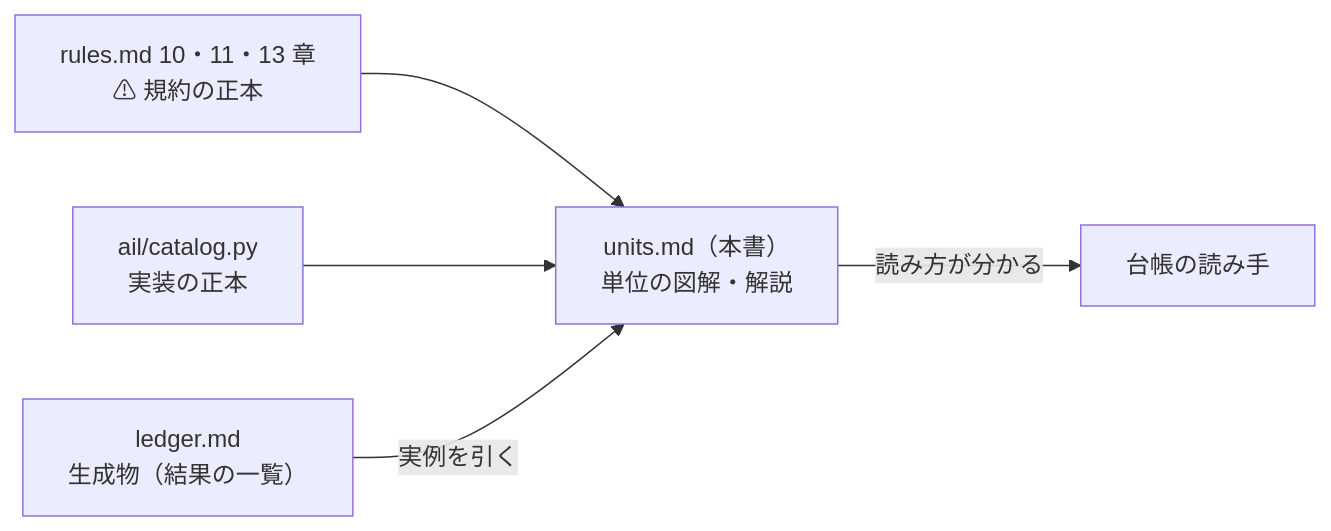
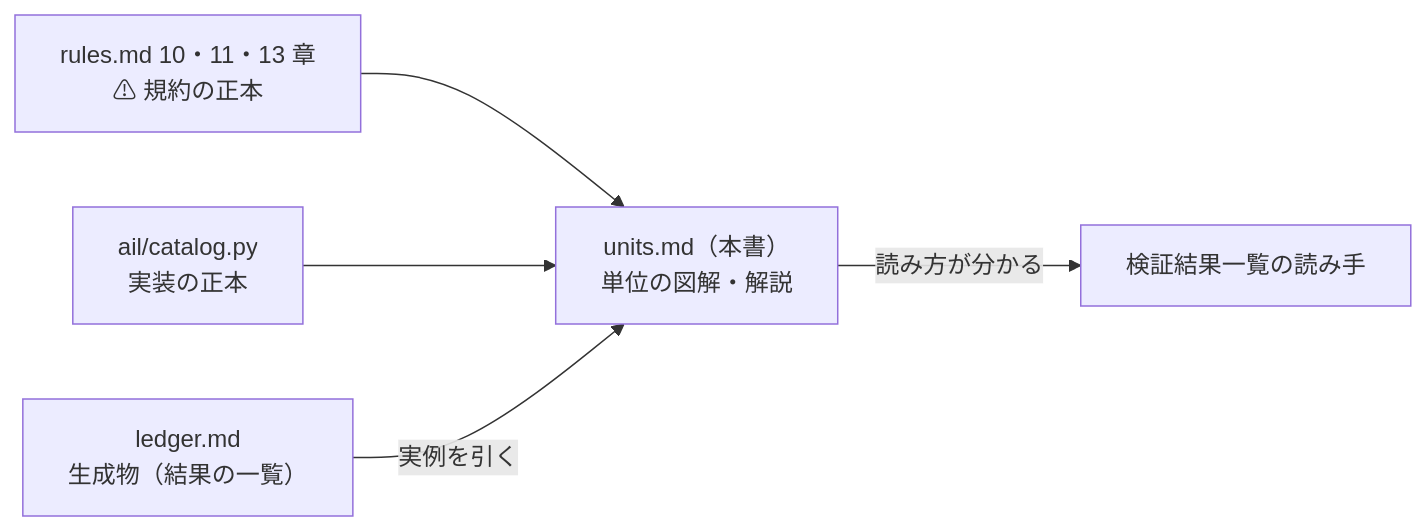
The first of 9 diagrams in docs/specs/experiments/feature-discovery/units.md (akiraak/ai-income-lab), drawn with Mermaid before and after one commit. The commit also changed other lines of this file and 52 other files, not shown here.

````diff
--- a/docs/specs/experiments/feature-discovery/units.md
+++ b/docs/specs/experiments/feature-discovery/units.md
@@ -19,7 +19,7 @@
 ```mermaid
 flowchart LR
   R["rules.md 10・11・13 章<br/>⚠ 規約の正本"] --> U["units.md（本書）<br/>単位の図解・解説"]
   C["ail/catalog.py<br/>実装の正本"] --> U
   L["ledger.md<br/>生成物（結果の一覧）"] -->|"実例を引く"| U
-  U -->|"読み方が分かる"| READER["台帳の読み手"]
+  U -->|"読み方が分かる"| READER["検証結果一覧の読み手"]
 ```
````
